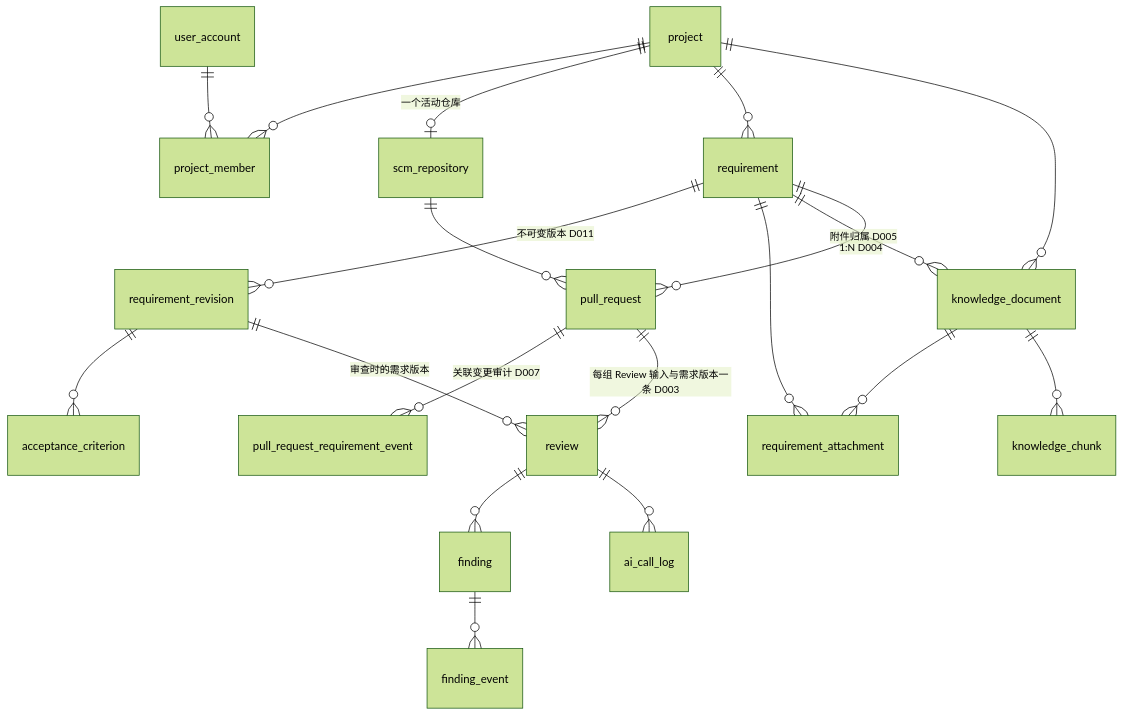
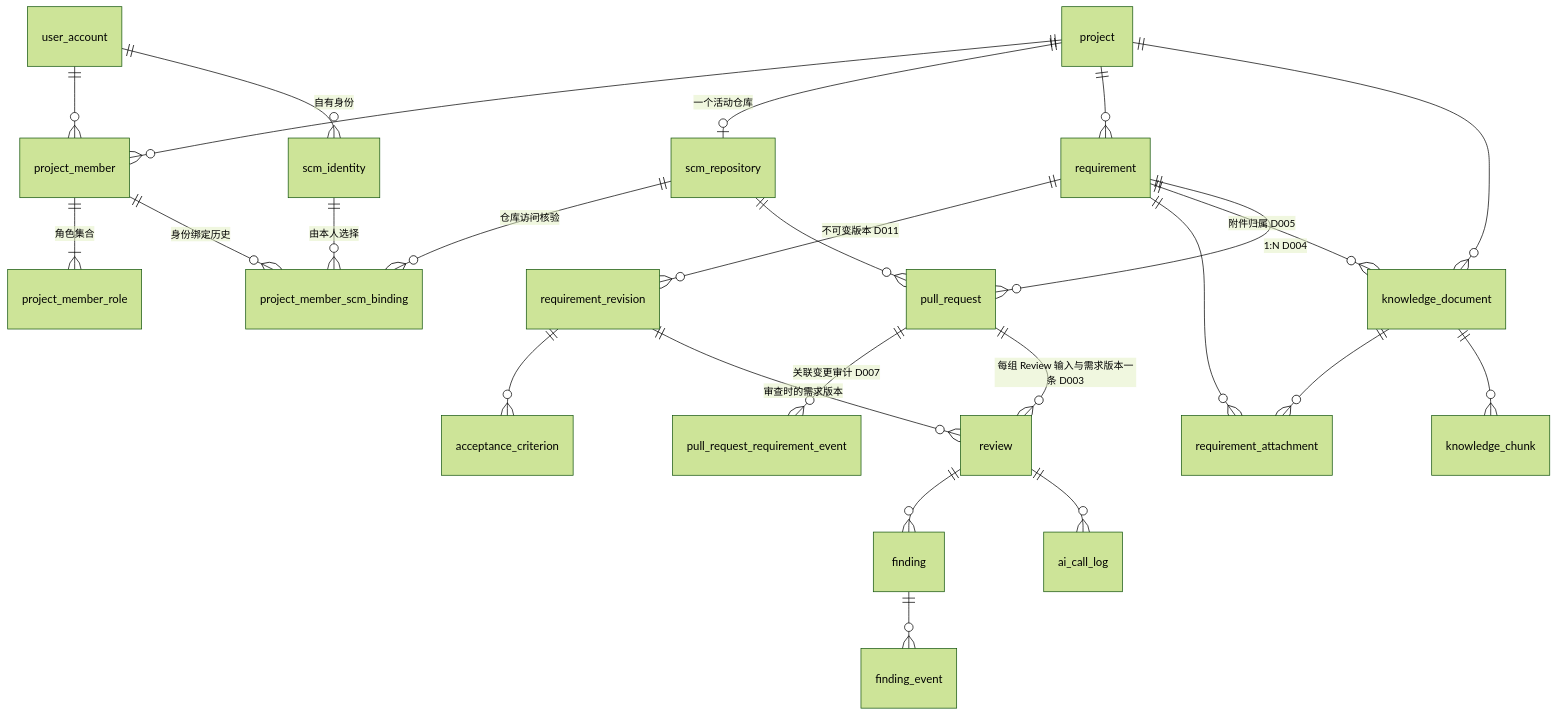
The first of 3 diagrams in docs/v2/ARCHITECTURE.md (LinYsssss/ForgePilot), drawn with Mermaid (forest theme) before and after one commit. The commit also changed other lines of this file and 23 other files, not shown here.

Commit message:
docs: document member and SCM identity management

````diff
--- a/docs/v2/ARCHITECTURE.md
+++ b/docs/v2/ARCHITECTURE.md
@@ -115,22 +118,27 @@
 ```mermaid
 erDiagram
     user_account ||--o{ project_member : ""
+    user_account ||--o{ scm_identity : "自有身份"
     project ||--o{ project_member : ""
+    project_member ||--|{ project_member_role : "角色集合"
+    project_member ||--o{ project_member_scm_binding : "身份绑定历史"
+    scm_identity ||--o{ project_member_scm_binding : "由本人选择"
     project ||--o| scm_repository : "一个活动仓库"
+    scm_repository ||--o{ project_member_scm_binding : "仓库访问核验"
     project ||--o{ requirement : ""
     project ||--o{ knowledge_document : ""
     requirement ||--o{ requirement_revision : "不可变版本 D011"
     requirement_revision ||--o{ acceptance_criterion : ""
     requirement ||--o{ requirement_attachment : ""
     knowledge_document ||--o{ requirement_attachment : ""
     knowledge_document ||--o{ knowledge_chunk : ""
     requirement ||--o{ knowledge_document : "附件归属 D005"
     requirement ||--o{ pull_request : "1:N D004"
     scm_repository ||--o{ pull_request : ""
     pull_request ||--o{ pull_request_requirement_event : "关联变更审计 D007"
     pull_request ||--o{ review : "每组 Review 输入与需求版本一条 D003"
     requirement_revision ||--o{ review : "审查时的需求版本"
     review ||--o{ finding : ""
     finding ||--o{ finding_event : ""
     review ||--o{ ai_call_log : ""
 ```
````
